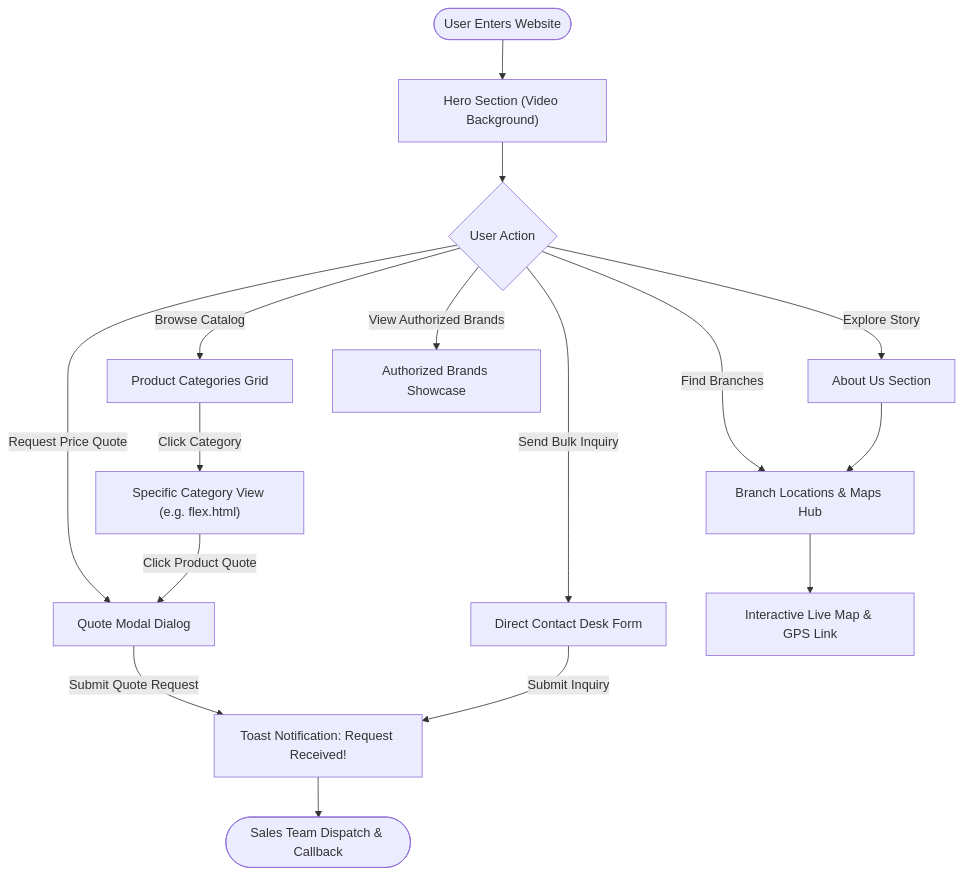
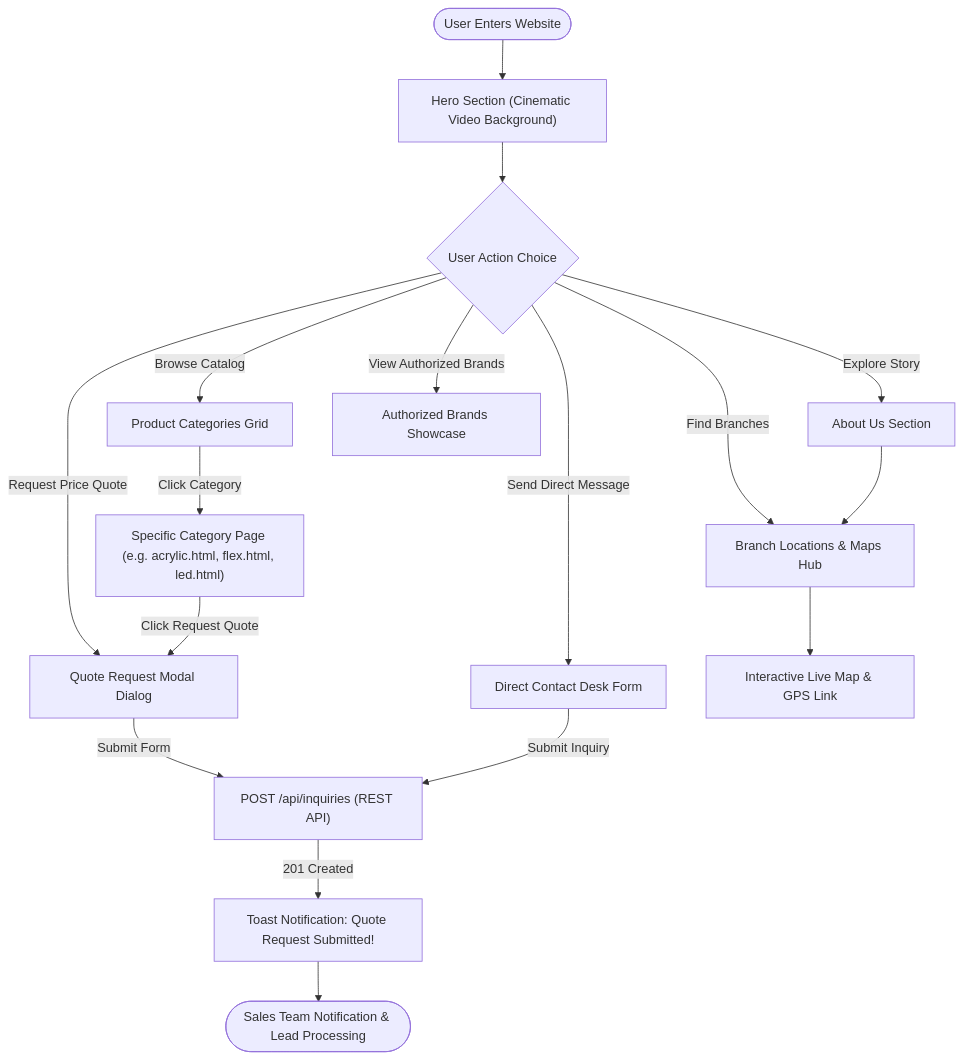
The first of 6 diagrams in FLOW.md (jainish09/southan_impex), drawn with Mermaid before and after one commit. The commit also changed other lines of this file and 13 other files, not shown here.

````diff
--- a/FLOW.md
+++ b/FLOW.md
@@ -9,24 +9,25 @@
 ```mermaid
 graph TD
-    Start(["User Enters Website"]) --> Hero["Hero Section (Video Background)"]
+    Start(["User Enters Website"]) --> Hero["Hero Section (Cinematic Video Background)"]
     
-    Hero --> NavChoice{"User Action"}
+    Hero --> NavChoice{"User Action Choice"}
     
     NavChoice -->|"Explore Story"| About["About Us Section"]
     NavChoice -->|"Find Branches"| BranchHub["Branch Locations & Maps Hub"]
     NavChoice -->|"Browse Catalog"| ProductCatalog["Product Categories Grid"]
     NavChoice -->|"View Authorized Brands"| Brands["Authorized Brands Showcase"]
-    NavChoice -->|"Request Price Quote"| ModalForm["Quote Modal Dialog"]
-    NavChoice -->|"Send Bulk Inquiry"| ContactForm["Direct Contact Desk Form"]
+    NavChoice -->|"Request Price Quote"| ModalForm["Quote Request Modal Dialog"]
+    NavChoice -->|"Send Direct Message"| ContactForm["Direct Contact Desk Form"]
     
     About --> BranchHub
     BranchHub --> MapView["Interactive Live Map & GPS Link"]
     
-    ProductCatalog -->|"Click Category"| CategoryPage["Specific Category View (e.g. flex.html)"]
-    CategoryPage -->|"Click Product Quote"| ModalForm
+    ProductCatalog -->|"Click Category"| CategoryPage["Specific Category Page (e.g. acrylic.html, flex.html, led.html)"]
+    CategoryPage -->|"Click Request Quote"| ModalForm
     
-    ModalForm -->|"Submit Quote Request"| ToastMsg["Toast Notification: Request Received!"]
-    ContactForm -->|"Submit Inquiry"| ToastMsg
+    ModalForm -->|"Submit Form"| APIPost["POST /api/inquiries (REST API)"]
+    ContactForm -->|"Submit Inquiry"| APIPost
     
-    ToastMsg --> End(["Sales Team Dispatch & Callback"])
+    APIPost -->|"201 Created"| ToastMsg["Toast Notification: Quote Request Submitted!"]
+    ToastMsg --> SalesDesk(["Sales Team Notification & Lead Processing"])
 ```
````
